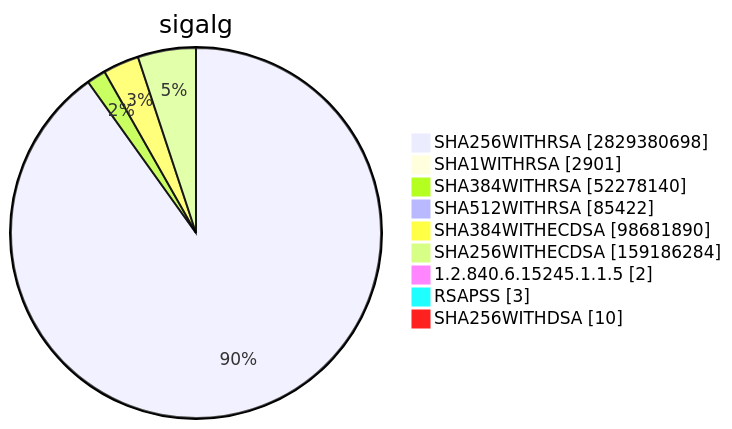
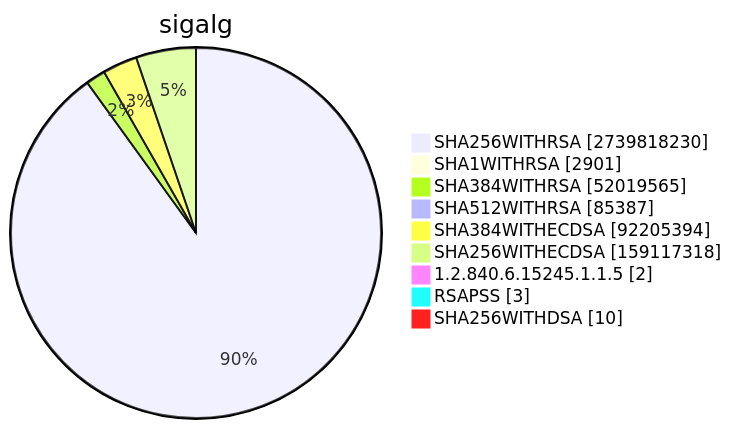
Diagram 15 of 15 in TOTAL/README.md (christiankrug/ctmonitor_visualization), drawn with Mermaid before and after one commit. The commit also changed other lines of this file, not shown here.

````diff
--- a/TOTAL/README.md
+++ b/TOTAL/README.md
@@ -6205,13 +6204,13 @@
 ```mermaid
 pie showData
 title sigalg
-"SHA256WITHRSA" :2829380698
+"SHA256WITHRSA" :2739818230
 "SHA1WITHRSA" :2901
-"SHA384WITHRSA" :52278140
-"SHA512WITHRSA" :85422
-"SHA384WITHECDSA" :98681890
-"SHA256WITHECDSA" :159186284
+"SHA384WITHRSA" :52019565
+"SHA512WITHRSA" :85387
+"SHA384WITHECDSA" :92205394
+"SHA256WITHECDSA" :159117318
 "1.2.840.6.15245.1.1.5" :2
 "RSAPSS" :3
 "SHA256WITHDSA" :10
 ```
````
